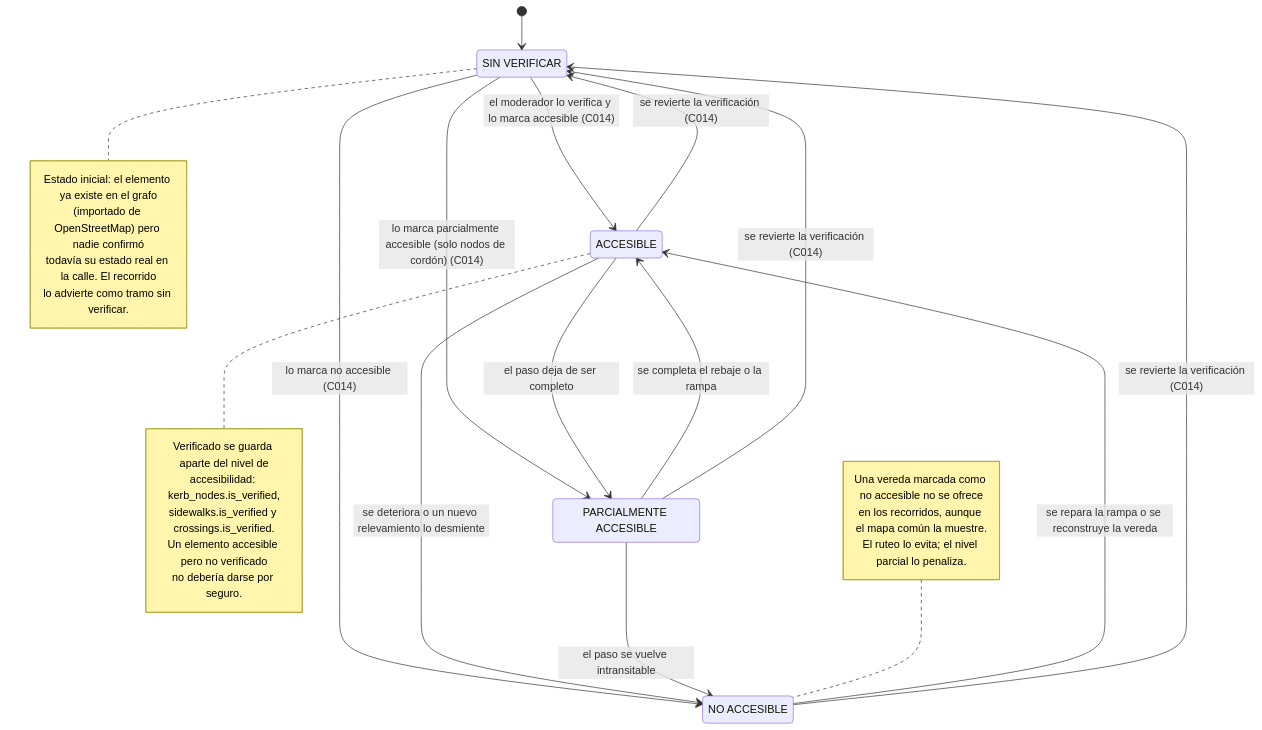
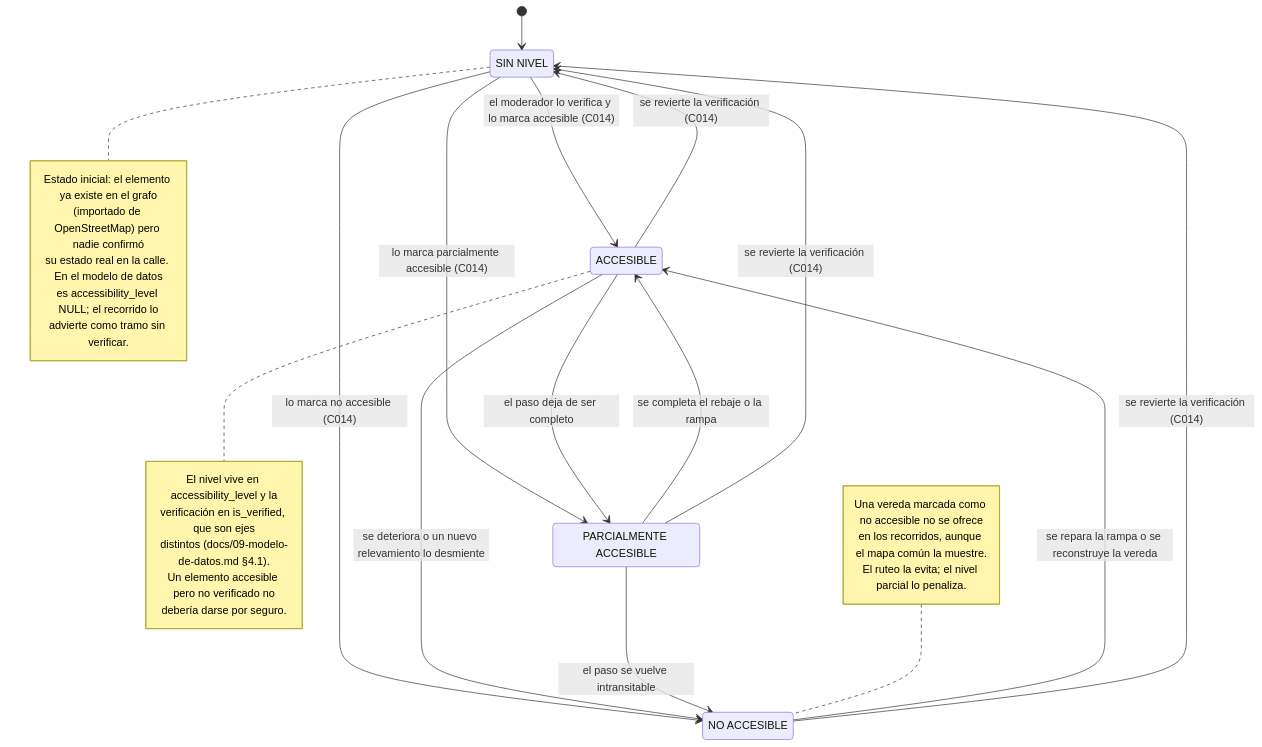
One commit to BLP-Technologies/rodando-x-mza changed the diagram in docs/diagrams/05-est-elemento.mmd. Above: the diagram before and after it, drawn with Mermaid. The commit also changed 10 other files, not shown here.

```diff
--- a/docs/diagrams/05-est-elemento.mmd
+++ b/docs/diagrams/05-est-elemento.mmd
@@ -1,45 +1,46 @@
 stateDiagram-v2
     accTitle: Ciclo de vida de accesibilidad y verificación de un elemento del grafo peatonal
     accDescr: Estados de una vereda, una esquina (nodo de cordón) o un cruce peatonal según su nivel de accesibilidad y si el moderador ya verificó ese estado.
 
-    state "SIN VERIFICAR" as SIN_VERIFICAR
-    state "ACCESIBLE" as ACCESIBLE
-    state "PARCIALMENTE ACCESIBLE" as PARCIAL
-    state "NO ACCESIBLE" as NO_ACCESIBLE
+    state "SIN NIVEL" as UNVERIFIED
+    state "ACCESIBLE" as ACCESSIBLE
+    state "PARCIALMENTE ACCESIBLE" as PARTIALLY_ACCESSIBLE
+    state "NO ACCESIBLE" as NOT_ACCESSIBLE
 
-    [*] --> SIN_VERIFICAR
+    [*] --> UNVERIFIED
 
-    SIN_VERIFICAR --> ACCESIBLE: el moderador lo verifica y lo marca accesible (C014)
-    SIN_VERIFICAR --> PARCIAL: lo marca parcialmente accesible (solo nodos de cordón) (C014)
-    SIN_VERIFICAR --> NO_ACCESIBLE: lo marca no accesible (C014)
+    UNVERIFIED --> ACCESSIBLE: el moderador lo verifica y lo marca accesible (C014)
+    UNVERIFIED --> PARTIALLY_ACCESSIBLE: lo marca parcialmente accesible (C014)
+    UNVERIFIED --> NOT_ACCESSIBLE: lo marca no accesible (C014)
 
-    ACCESIBLE --> NO_ACCESIBLE: se deteriora o un nuevo relevamiento lo desmiente
-    NO_ACCESIBLE --> ACCESIBLE: se repara la rampa o se reconstruye la vereda
-    ACCESIBLE --> PARCIAL: el paso deja de ser completo
-    PARCIAL --> ACCESIBLE: se completa el rebaje o la rampa
-    PARCIAL --> NO_ACCESIBLE: el paso se vuelve intransitable
+    ACCESSIBLE --> NOT_ACCESSIBLE: se deteriora o un nuevo relevamiento lo desmiente
+    NOT_ACCESSIBLE --> ACCESSIBLE: se repara la rampa o se reconstruye la vereda
+    ACCESSIBLE --> PARTIALLY_ACCESSIBLE: el paso deja de ser completo
+    PARTIALLY_ACCESSIBLE --> ACCESSIBLE: se completa el rebaje o la rampa
+    PARTIALLY_ACCESSIBLE --> NOT_ACCESSIBLE: el paso se vuelve intransitable
 
-    ACCESIBLE --> SIN_VERIFICAR: se revierte la verificación (C014)
-    PARCIAL --> SIN_VERIFICAR: se revierte la verificación (C014)
-    NO_ACCESIBLE --> SIN_VERIFICAR: se revierte la verificación (C014)
+    ACCESSIBLE --> UNVERIFIED: se revierte la verificación (C014)
+    PARTIALLY_ACCESSIBLE --> UNVERIFIED: se revierte la verificación (C014)
+    NOT_ACCESSIBLE --> UNVERIFIED: se revierte la verificación (C014)
 
-    note right of SIN_VERIFICAR
+    note right of UNVERIFIED
         Estado inicial: el elemento ya existe en el grafo
         (importado de OpenStreetMap) pero nadie confirmó
-        todavía su estado real en la calle. El recorrido
-        lo advierte como tramo sin verificar.
+        su estado real en la calle. En el modelo de datos
+        es accessibility_level NULL; el recorrido lo
+        advierte como tramo sin verificar.
     end note
 
-    note right of ACCESIBLE
-        Verificado se guarda aparte del nivel de
-        accesibilidad: kerb_nodes.is_verified,
-        sidewalks.is_verified y crossings.is_verified.
-        Un elemento accesible pero no verificado
-        no debería darse por seguro.
+    note right of ACCESSIBLE
+        El nivel vive en accessibility_level y la
+        verificación en is_verified, que son ejes
+        distintos (docs/09-modelo-de-datos.md §4.1).
+        Un elemento accesible pero no verificado no
+        debería darse por seguro.
     end note
 
-    note left of NO_ACCESIBLE
+    note left of NOT_ACCESSIBLE
         Una vereda marcada como no accesible no se ofrece
         en los recorridos, aunque el mapa común la muestre.
-        El ruteo lo evita; el nivel parcial lo penaliza.
+        El ruteo la evita; el nivel parcial lo penaliza.
     end note
```
